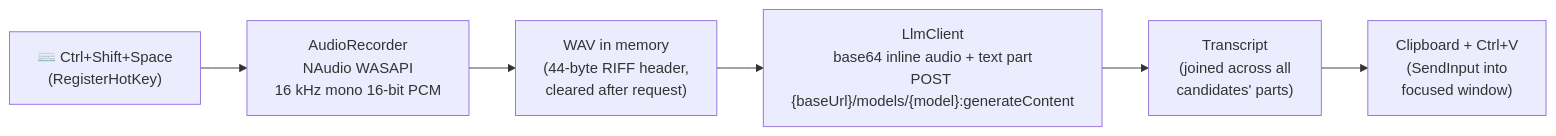
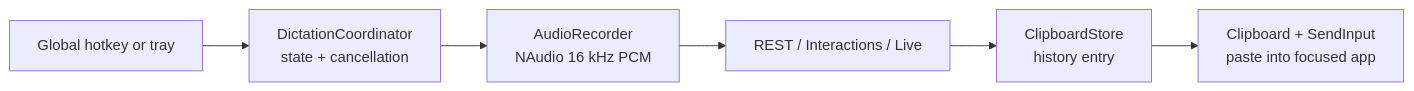
Before and after one commit to arvindg4u/voice-ime-windows: the diagram in README.md, drawn with Mermaid. The commit also changed other lines of this file and 48 other files, not shown here.

Commit message:
review: harden audio, live sessions, and Windows UX

````diff
--- a/README.md
+++ b/README.md
@@ -153,8 +136,8 @@
 ```mermaid
 flowchart LR
-    A["⌨️ Ctrl+Shift+Space<br/>(RegisterHotKey)"] --> B["AudioRecorder<br/>NAudio WASAPI<br/>16 kHz mono 16-bit PCM"]
-    B --> C["WAV in memory<br/>(44-byte RIFF header,<br/>cleared after request)"]
-    C --> D["LlmClient<br/>base64 inline audio + text part<br/>POST {baseUrl}/models/{model}:generateContent"]
-    D --> E["Transcript<br/>(joined across all<br/>candidates' parts)"]
-    E --> F["Clipboard + Ctrl+V<br/>(SendInput into<br/>focused window)"]
+    A["Global hotkey or tray"] --> B["DictationCoordinator<br/>state + cancellation"]
+    B --> C["AudioRecorder<br/>NAudio 16 kHz PCM"]
+    C --> D["REST / Interactions / Live"]
+    D --> E["ClipboardStore<br/>history entry"]
+    E --> F["Clipboard + SendInput<br/>paste into focused app"]
 ```
````
